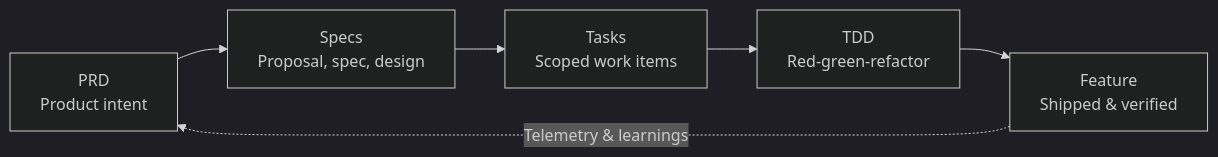
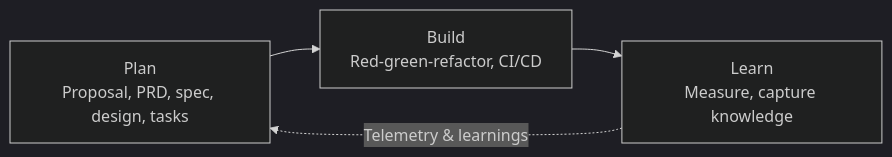
One commit to keolo/keolo-com changed the first of 4 diagrams in content/posts/spec-driven-development.md. Above: the diagram before and after it, drawn with Mermaid (dark theme). The commit also changed other lines of this file, not shown here.

First line of the commit message:
docs(posts): expand spec-driven development with Plan-Build-Learn lifecycle (#8)

````diff
--- a/content/posts/spec-driven-development.md
+++ b/content/posts/spec-driven-development.md
@@ -21,8 +21,7 @@
 ```mermaid
 flowchart LR
-    PRD["PRD<br/>Product intent"] --> OS["Specs<br/>Proposal, spec, design"]
-    OS --> T["Tasks<br/>Scoped work items"]
-    T --> TDD["TDD<br/>Red-green-refactor"]
-    TDD --> F["Feature<br/>Shipped & verified"]
-    F -.->|Telemetry & learnings| PRD
+    PLAN["Plan<br/>Proposal, PRD, spec, design, tasks"]
+    PLAN --> BUILD["Build<br/>Red-green-refactor, CI/CD"]
+    BUILD --> LEARN["Learn<br/>Measure, capture knowledge"]
+    LEARN -.->|Telemetry & learnings| PLAN
 ```
````
